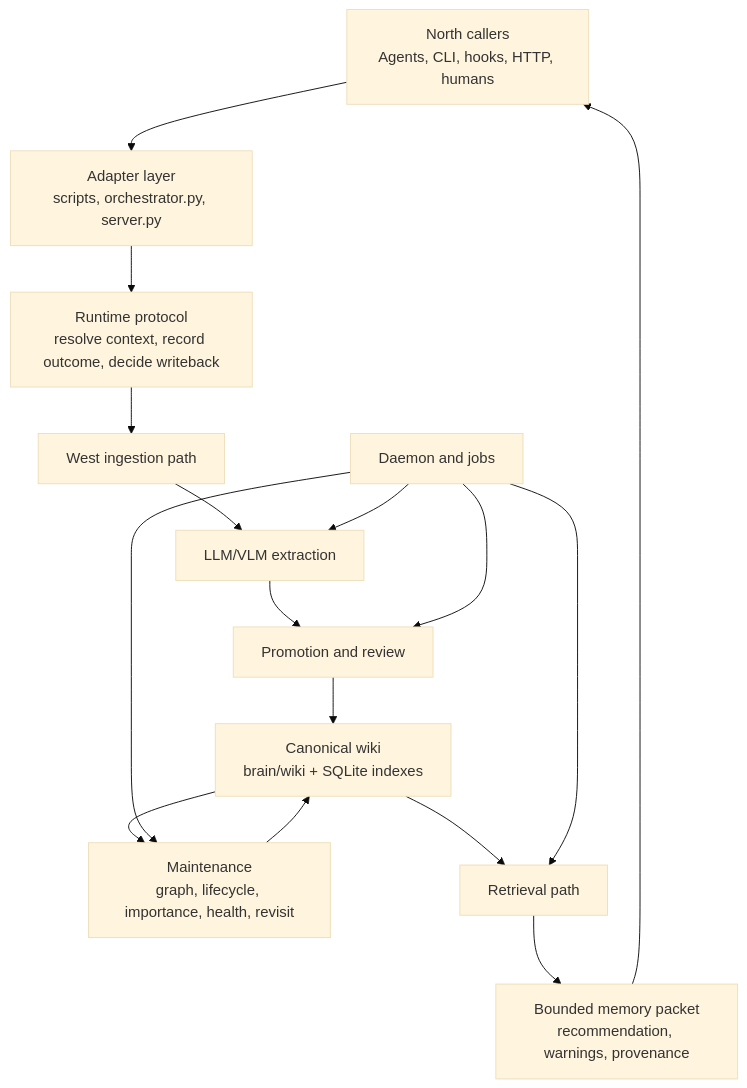
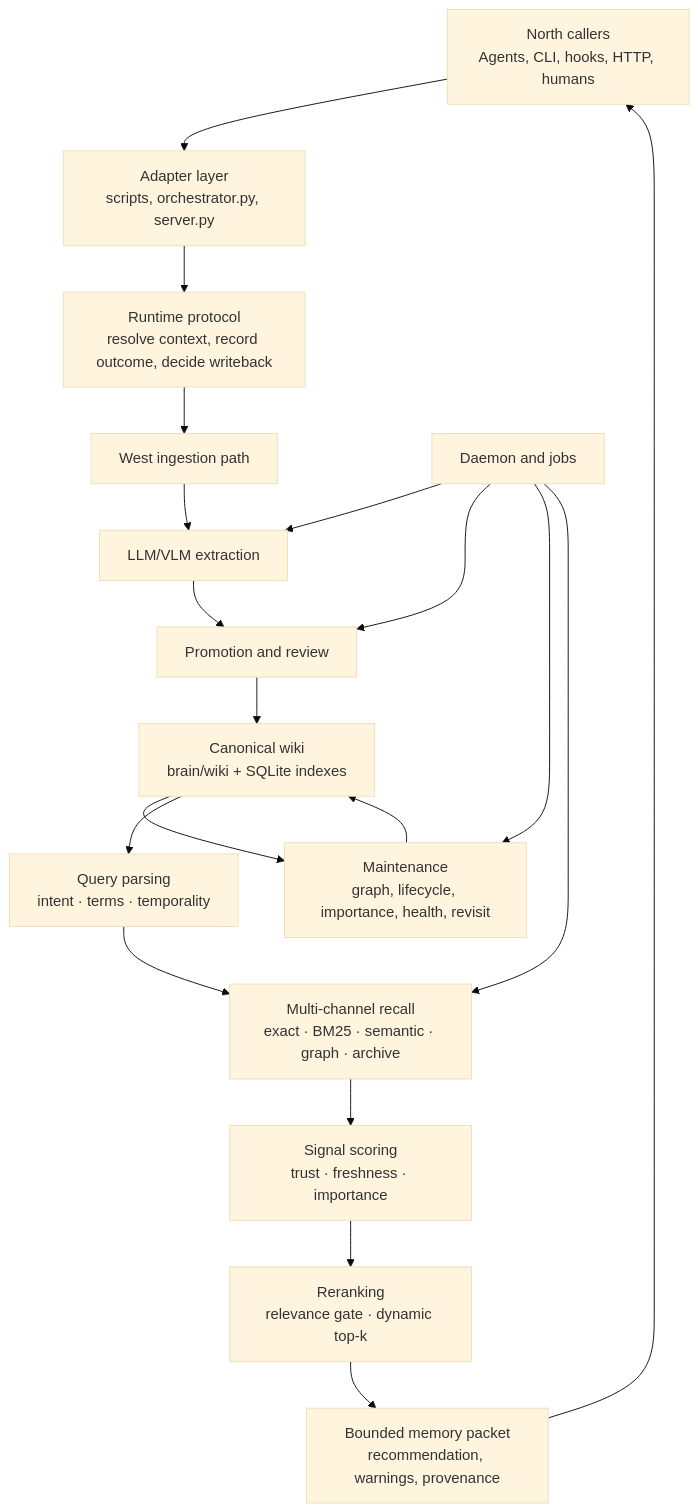
One commit to Jianyu010/MnemonicOS changed the first of 4 diagrams in README.md. Above: the diagram before and after it, drawn with Mermaid (base theme).

Commit message:
docs: expand retrieval path in architecture diagram
Replace single 'Retrieval path' node with four named stages matching
the detail level of the ingestion side: query parsing, multi-channel
recall, signal scoring, and reranking → packet emission. Daemon arrow
updated to point at recall (the compute-heavy stage it schedules).

````diff
--- a/README.md
+++ b/README.md
@@ -28,20 +28,23 @@
 ```mermaid
 flowchart TD
     A["North callers<br/>Agents, CLI, hooks, HTTP, humans"] --> B["Adapter layer<br/>scripts, orchestrator.py, server.py"]
     B --> C["Runtime protocol<br/>resolve context, record outcome, decide writeback"]
 
     C --> W["West ingestion path"]
     W --> X["LLM/VLM extraction"]
     X --> P["Promotion and review"]
     P --> K["Canonical wiki<br/>brain/wiki + SQLite indexes"]
     K --> M["Maintenance<br/>graph, lifecycle, importance, health, revisit"]
     M --> K
-    K --> R["Retrieval path"]
-    R --> E["Bounded memory packet<br/>recommendation, warnings, provenance"]
+    K --> QP["Query parsing<br/>intent · terms · temporality"]
+    QP --> RC["Multi-channel recall<br/>exact · BM25 · semantic · graph · archive"]
+    RC --> SS["Signal scoring<br/>trust · freshness · importance"]
+    SS --> RR["Reranking<br/>relevance gate · dynamic top-k"]
+    RR --> E["Bounded memory packet<br/>recommendation, warnings, provenance"]
     E --> A
 
     D["Daemon and jobs"] --> X
     D --> P
     D --> M
-    D --> R
+    D --> RC
 ```
````
